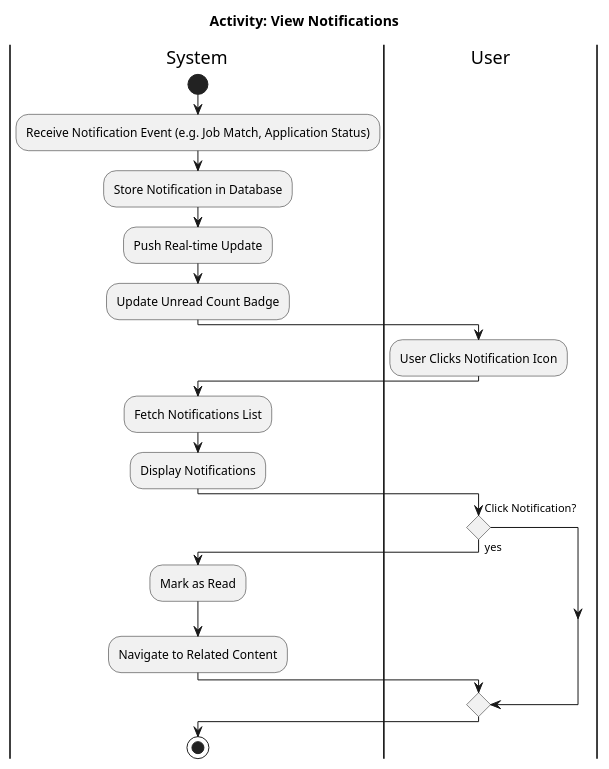
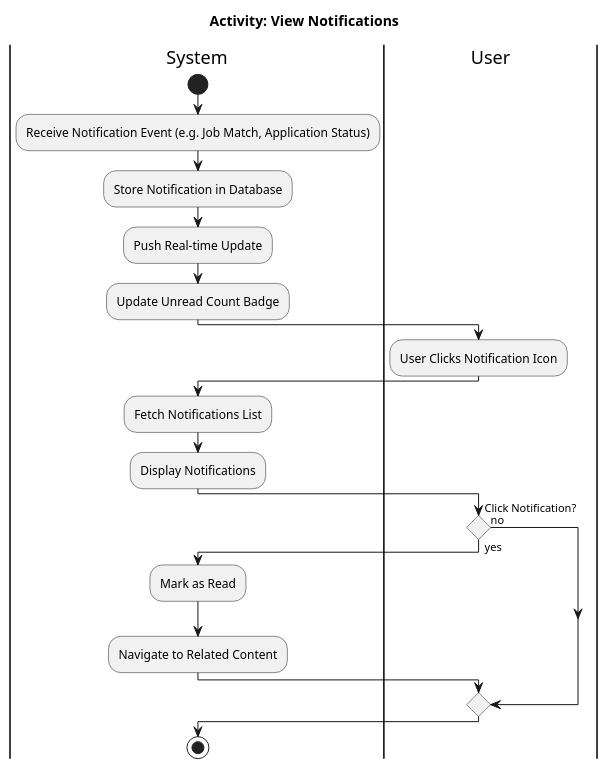
One commit to czefenglim/blue-collar-job-portal changed the diagram in docs/activity-notify.puml. Above: the diagram before and after it, drawn with PlantUML. The commit also changed other lines of this file and 91 other files, not shown here.

```diff
--- a/docs/activity-notify.puml
+++ b/docs/activity-notify.puml
@@ -1,22 +1,23 @@
 @startuml UC_Notify
 skinparam conditionStyle diamond
 title Activity: View Notifications
 |System|
 start
 :Receive Notification Event (e.g. Job Match, Application Status);
 :Store Notification in Database;
 :Push Real-time Update;
 :Update Unread Count Badge;
 |User|
 :User Clicks Notification Icon;
 |System|
 :Fetch Notifications List;
 :Display Notifications;
 |User|
 if (Click Notification?) then (yes)
   |System|
   :Mark as Read;
   :Navigate to Related Content;
+else (no)
 endif
 stop
 @enduml
```
